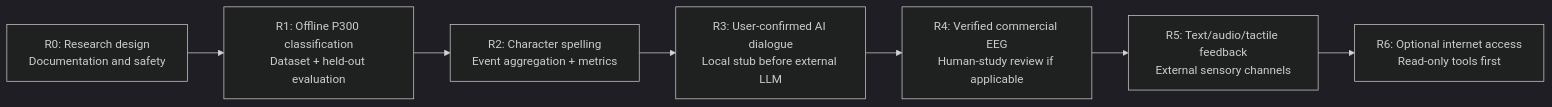
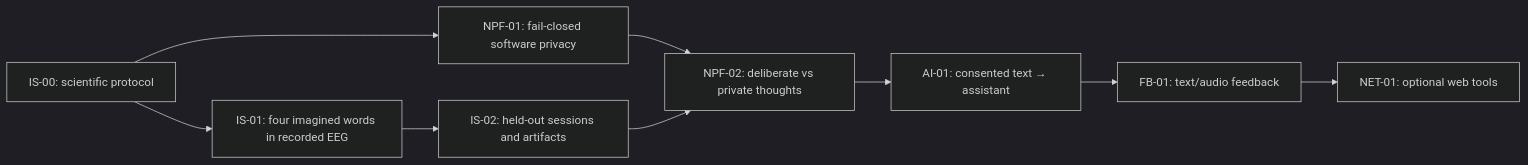
One commit to alvrichh/NeuroLink-AI changed the diagram in diagrams/tres-fases.md. Above: the diagram before and after it, drawn with Mermaid (dark theme). The commit also changed other lines of this file and 13 other files, not shown here.

Commit message:
docs: align EN/ES roadmap, primary phase and diagrams with inner speech and private-by-default design

````diff
--- a/diagrams/tres-fases.md
+++ b/diagrams/tres-fases.md
@@ -5,11 +3,16 @@
 ```mermaid
 flowchart LR
-  R0["R0: Research design<br/>Documentation and safety"]
-  R1["R1: Offline P300 classification<br/>Dataset + held-out evaluation"]
-  R2["R2: Character spelling<br/>Event aggregation + metrics"]
-  R3["R3: User-confirmed AI dialogue<br/>Local stub before external LLM"]
-  R4["R4: Verified commercial EEG<br/>Human-study review if applicable"]
-  R5["R5: Text/audio/tactile feedback<br/>External sensory channels"]
-  R6["R6: Optional internet access<br/>Read-only tools first"]
-  R0 --> R1 --> R2 --> R3 --> R4 --> R5 --> R6
+  A["IS-00: scientific protocol"]
+  B["NPF-01: fail-closed software privacy"]
+  C["IS-01: four imagined words in recorded EEG"]
+  D["IS-02: held-out sessions and artifacts"]
+  E["NPF-02: deliberate vs private thoughts"]
+  F["AI-01: consented text → assistant"]
+  G["FB-01: text/audio feedback"]
+  H["NET-01: optional web tools"]
+  A --> B
+  A --> C --> D
+  B --> E
+  D --> E
+  E --> F --> G --> H
 ```
````
